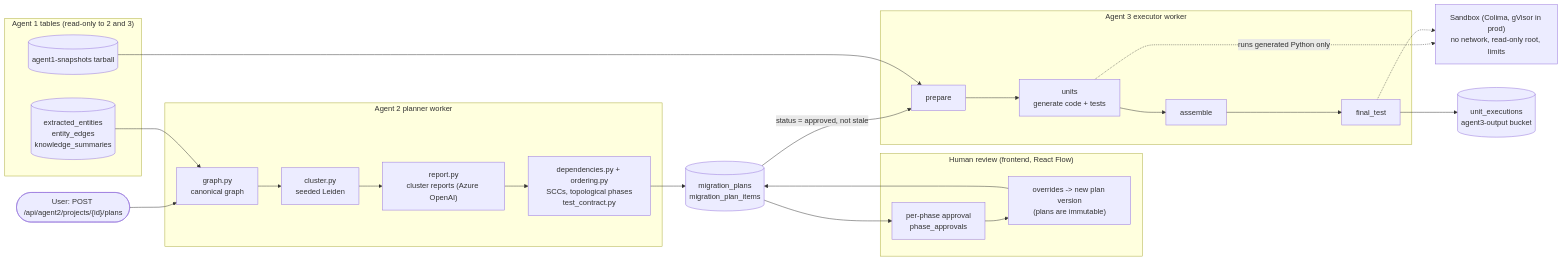
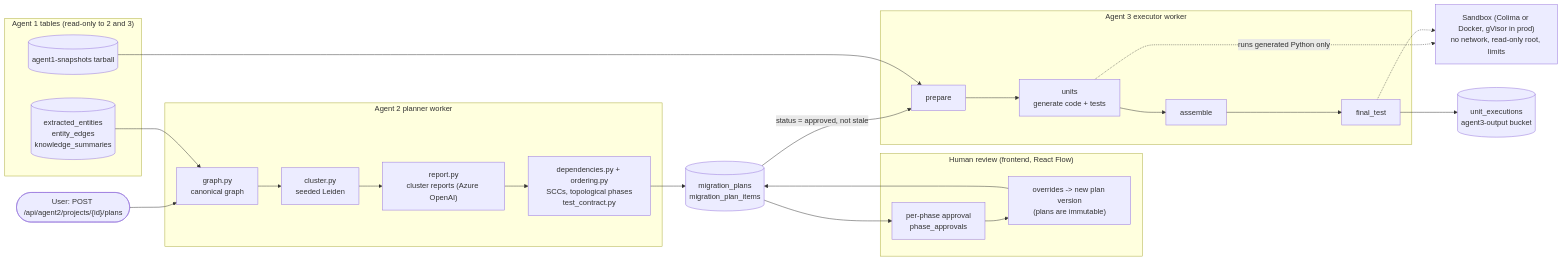
The fifth of 6 diagrams in docs/architecture.md (Arej02/document_analyzer), drawn with Mermaid before and after one commit. The commit also changed other lines of this file and 16 other files, not shown here.

````diff
--- a/docs/architecture.md
+++ b/docs/architecture.md
@@ -173,37 +173,37 @@
 ```mermaid
 flowchart LR
     subgraph A1["Agent 1 tables (read-only to 2 and 3)"]
         KB[("extracted_entities<br/>entity_edges<br/>knowledge_summaries")]
         SNAP[("agent1-snapshots tarball")]
     end
 
     subgraph P["Agent 2 planner worker"]
         P1["graph.py<br/>canonical graph"] --> P2["cluster.py<br/>seeded Leiden"]
         P2 --> P3["report.py<br/>cluster reports (Azure OpenAI)"]
         P3 --> P4["dependencies.py + ordering.py<br/>SCCs, topological phases<br/>test_contract.py"]
     end
 
     subgraph REV["Human review (frontend, React Flow)"]
         R1["per-phase approval<br/>phase_approvals"]
         R2["overrides -> new plan version<br/>(plans are immutable)"]
     end
 
     subgraph E["Agent 3 executor worker"]
         E1["prepare"] --> E2["units<br/>generate code + tests"]
         E2 --> E3["assemble"] --> E4["final_test"]
     end
 
-    SBX["Sandbox (Colima, gVisor in prod)<br/>no network, read-only root, limits"]
+    SBX["Sandbox (Colima or Docker, gVisor in prod)<br/>no network, read-only root, limits"]
     OUT[("unit_executions<br/>agent3-output bucket")]
 
     USER(["User: POST /api/agent2/projects/{id}/plans"]) --> P1
     KB --> P1
     P4 --> PLAN[("migration_plans<br/>migration_plan_items")]
     PLAN --> R1
     R1 --> R2 --> PLAN
     PLAN -->|"status = approved, not stale"| E1
     SNAP --> E1
     E2 -. "runs generated Python only" .-> SBX
     E4 -.-> SBX
     E4 --> OUT
 ```
````
